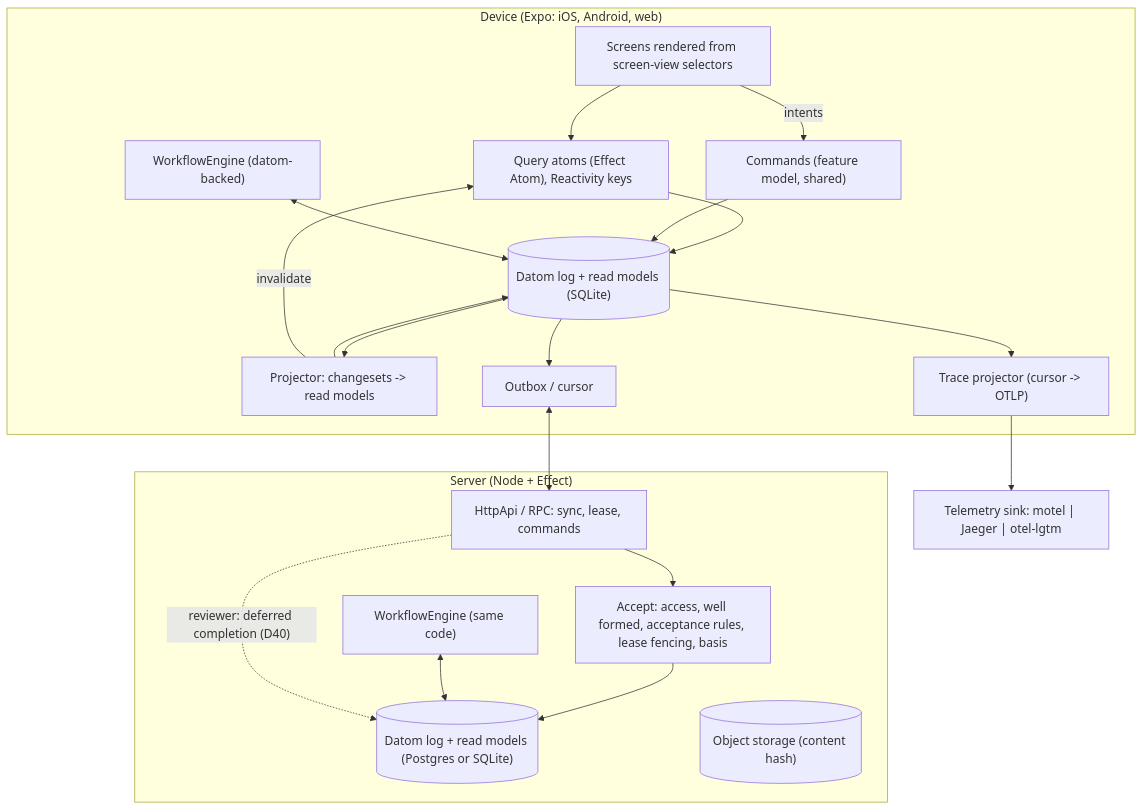
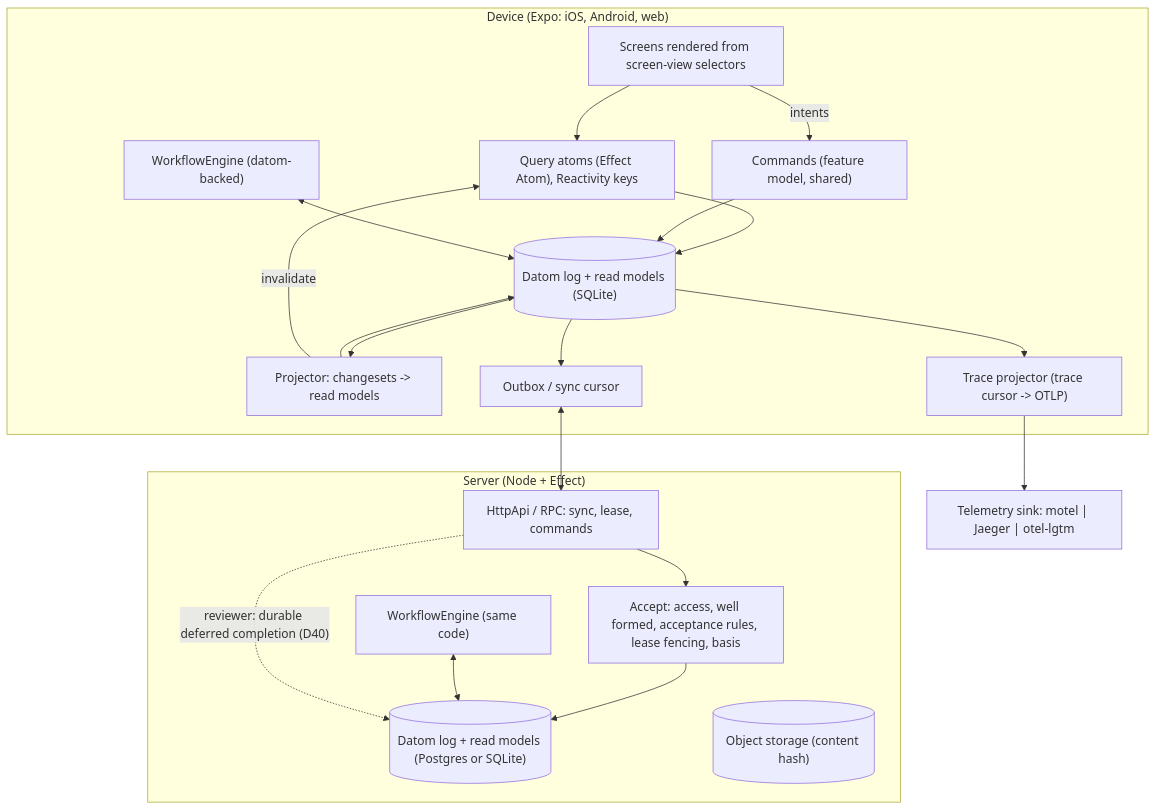
One commit to pietgk/viviefs changed the diagram in docs/plan/bootstrap/03-architecture.md. Above: the diagram before and after it, drawn with Mermaid. The commit also changed other lines of this file and 112 other files, not shown here.

````diff
--- a/docs/plan/bootstrap/03-architecture.md
+++ b/docs/plan/bootstrap/03-architecture.md
@@ -8,30 +8,30 @@
 ```mermaid
 flowchart TD
   subgraph Device["Device (Expo: iOS, Android, web)"]
     UI["Screens rendered from screen-view selectors"]
     ATOMS["Query atoms (Effect Atom), Reactivity keys"]
     CMD["Commands (feature model, shared)"]
     ENG["WorkflowEngine (datom-backed)"]
     PROJ["Projector: changesets -> read models"]
     LOG[("Datom log + read models (SQLite)")]
-    OUT["Outbox / cursor"]
-    TRC["Trace projector (cursor -> OTLP)"]
+    OUT["Outbox / sync cursor"]
+    TRC["Trace projector (trace cursor -> OTLP)"]
   end
   subgraph Server["Server (Node + Effect)"]
     API["HttpApi / RPC: sync, lease, commands"]
     VAL["Accept: access, well formed, acceptance rules, lease fencing, basis"]
     SENG["WorkflowEngine (same code)"]
     SLOG[("Datom log + read models (Postgres or SQLite)")]
     BLOB[("Object storage (content hash)")]
   end
   SINK["Telemetry sink: motel | Jaeger | otel-lgtm"]
   UI --> ATOMS --> LOG
   UI -- intents --> CMD --> LOG
   ENG <--> LOG
   LOG --> PROJ --> LOG
   PROJ -- invalidate --> ATOMS
   LOG --> OUT <--> API --> VAL --> SLOG
   SENG <--> SLOG
   LOG --> TRC --> SINK
-  API -.->|"reviewer: deferred completion (D40)"| SLOG
+  API -.->|"reviewer: durable deferred completion (D40)"| SLOG
 ```
````
